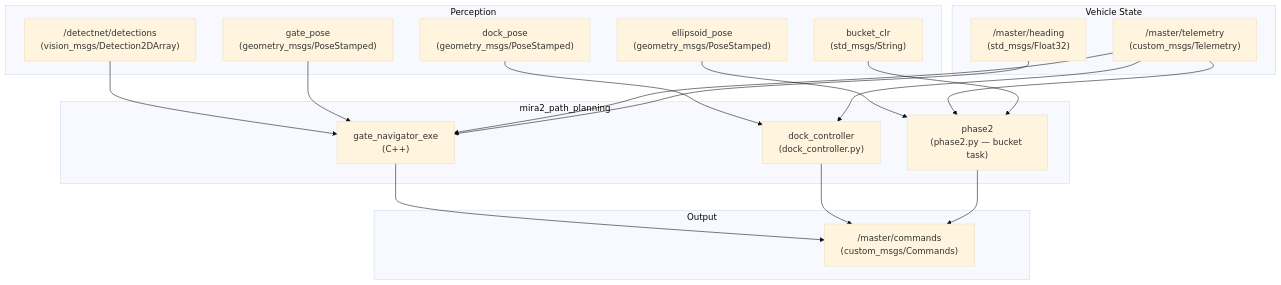
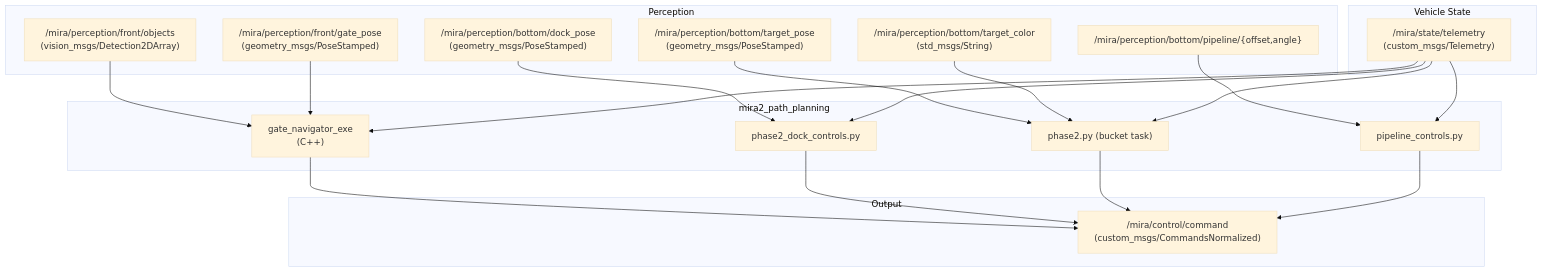
The first of 2 diagrams in misc/docs/mira2_path_planning.md (davidnoronha1/mira), drawn with Mermaid (base theme) before and after one commit. The commit also changed other lines of this file and 9 other files, not shown here.

Commit message:
docs(topics): document the schema and refresh the topic inventory

````diff
--- a/misc/docs/mira2_path_planning.md
+++ b/misc/docs/mira2_path_planning.md
@@ -7,41 +7,45 @@
 ```mermaid
 graph TD
     subgraph Perception
-        DET["/detectnet/detections<br/>(vision_msgs/Detection2DArray)"]
-        GP["gate_pose<br/>(geometry_msgs/PoseStamped)"]
-        DP["dock_pose<br/>(geometry_msgs/PoseStamped)"]
-        EP["ellipsoid_pose<br/>(geometry_msgs/PoseStamped)"]
-        BKT["bucket_clr<br/>(std_msgs/String)"]
+        OBJ["/mira/perception/front/objects<br/>(vision_msgs/Detection2DArray)"]
+        GP["/mira/perception/front/gate_pose<br/>(geometry_msgs/PoseStamped)"]
+        DP["/mira/perception/bottom/dock_pose<br/>(geometry_msgs/PoseStamped)"]
+        TP["/mira/perception/bottom/target_pose<br/>(geometry_msgs/PoseStamped)"]
+        TC["/mira/perception/bottom/target_color<br/>(std_msgs/String)"]
+        PO["/mira/perception/bottom/pipeline/{offset,angle}"]
     end
 
     subgraph Vehicle State
-        TEL["/master/telemetry<br/>(custom_msgs/Telemetry)"]
-        HDG["/master/heading<br/>(std_msgs/Float32)"]
+        TEL["/mira/state/telemetry<br/>(custom_msgs/Telemetry)"]
     end
 
     subgraph mira2_path_planning
         GN["gate_navigator_exe<br/>(C++)"]
-        DC["dock_controller<br/>(dock_controller.py)"]
-        P2["phase2<br/>(phase2.py — bucket task)"]
+        DC["phase2_dock_controls.py"]
+        P2["phase2.py (bucket task)"]
+        PC["pipeline_controls.py"]
     end
 
     subgraph Output
-        CMD["/master/commands<br/>(custom_msgs/Commands)"]
+        CMD["/mira/control/command<br/>(custom_msgs/CommandsNormalized)"]
     end
 
-    DET --> GN
+    OBJ --> GN
     GP  --> GN
     TEL --> GN
-    HDG --> GN
 
     DP  --> DC
     TEL --> DC
 
-    EP  --> P2
+    TP  --> P2
+    TC  --> P2
     TEL --> P2
-    BKT --> P2
+
+    PO  --> PC
+    TEL --> PC
 
     GN --> CMD
     DC --> CMD
     P2 --> CMD
+    PC --> CMD
 ```
````
